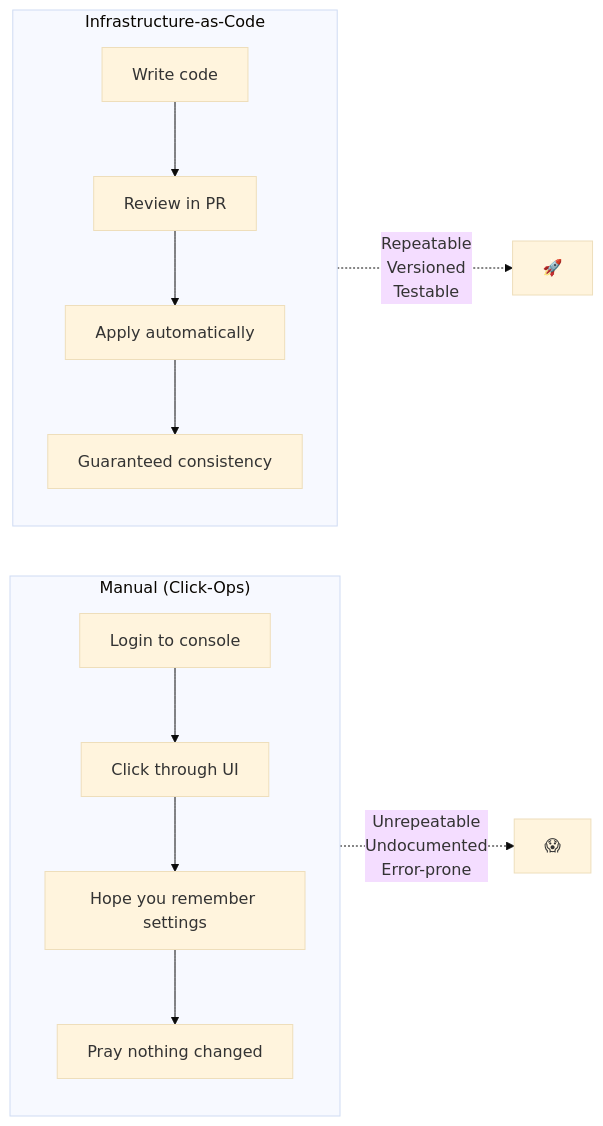
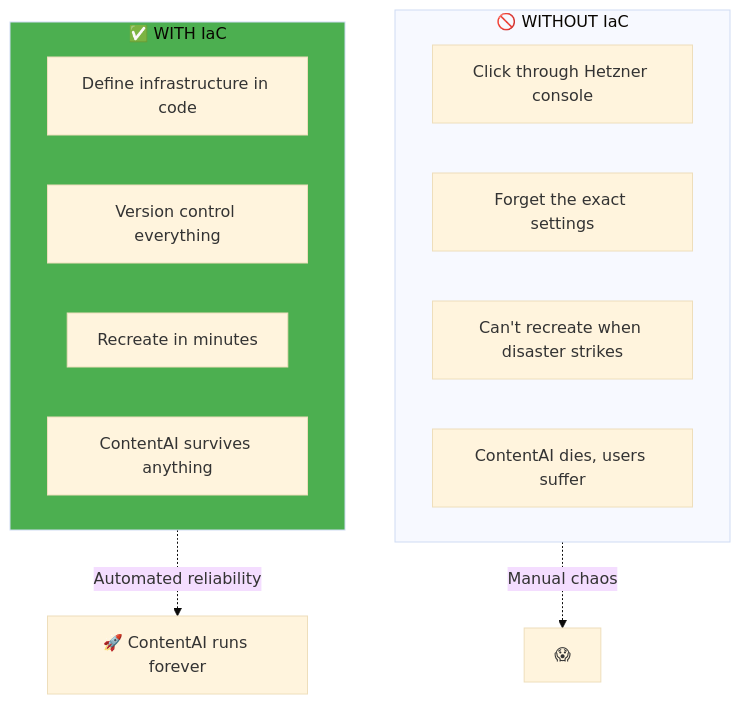
The first of 4 diagrams in DevOps/02-Engineering/02-Infrastructure-as-Code.md (PearlThoughtsInternship/Internship-Obsidian-Vault), drawn with Mermaid (base theme) before and after one commit. The commit also changed other lines of this file, not shown here.

First line of the commit message:
Add ContentAI product-first context to documentation

````diff
--- a/DevOps/02-Engineering/02-Infrastructure-as-Code.md
+++ b/DevOps/02-Engineering/02-Infrastructure-as-Code.md
@@ -11,23 +11,21 @@
 ```mermaid
-flowchart LR
-    subgraph Manual["Manual (Click-Ops)"]
-        direction TB
-        M1["Login to console"]
-        M2["Click through UI"]
-        M3["Hope you remember settings"]
-        M4["Pray nothing changed"]
-        M1 --> M2 --> M3 --> M4
+flowchart TB
+    subgraph Problem["🚫 WITHOUT IaC"]
+        P1["Click through Hetzner console"]
+        P2["Forget the exact settings"]
+        P3["Can't recreate when disaster strikes"]
+        P4["ContentAI dies, users suffer"]
     end
 
-    subgraph IaC["Infrastructure-as-Code"]
-        direction TB
-        I1["Write code"]
-        I2["Review in PR"]
-        I3["Apply automatically"]
-        I4["Guaranteed consistency"]
-        I1 --> I2 --> I3 --> I4
+    subgraph Solution["✅ WITH IaC"]
+        S1["Define infrastructure in code"]
+        S2["Version control everything"]
+        S3["Recreate in minutes"]
+        S4["ContentAI survives anything"]
     end
 
-    Manual -.->|"Unrepeatable\nUndocumented\nError-prone"| X["😱"]
-    IaC -.->|"Repeatable\nVersioned\nTestable"| Y["🚀"]
+    Problem -.->|"Manual chaos"| X["😱"]
+    Solution -.->|"Automated reliability"| Y["🚀 ContentAI runs forever"]
+
+    style Solution fill:#4CAF50
 ```
````
